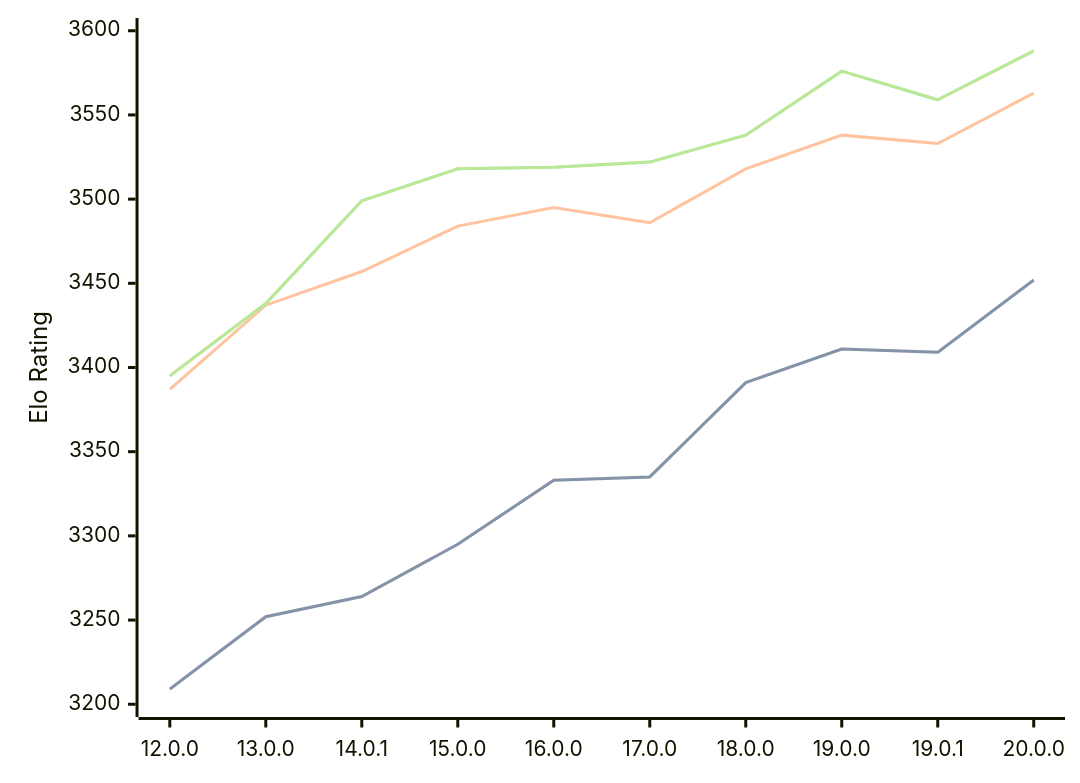
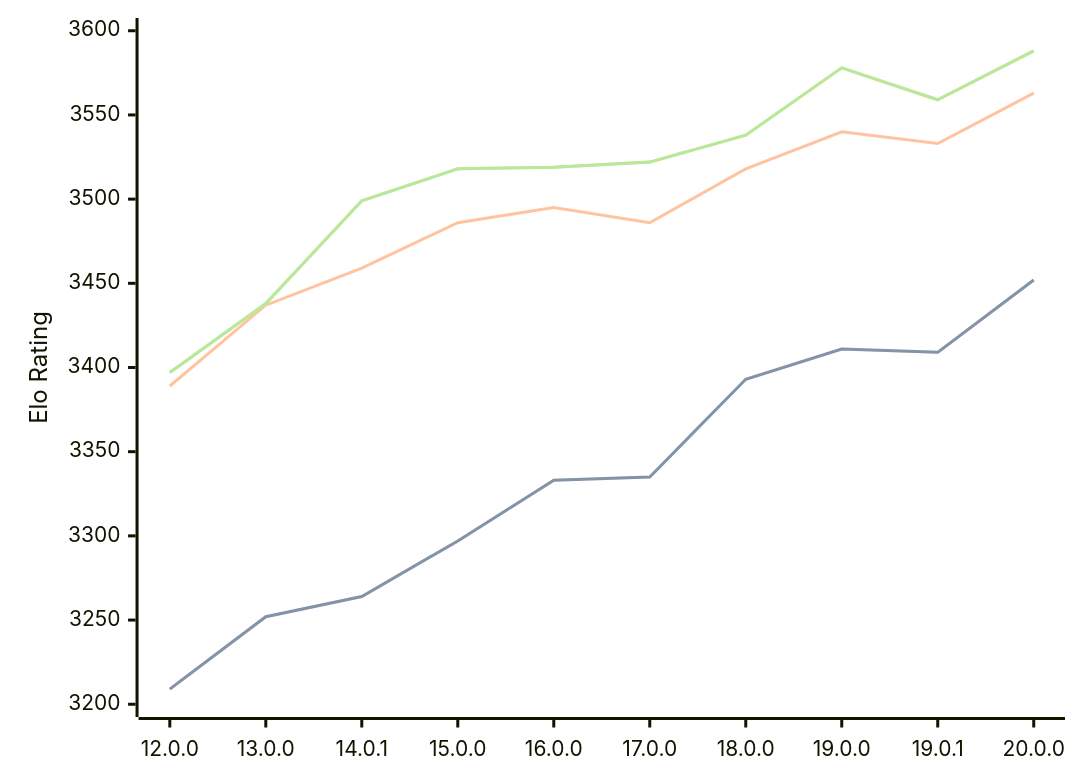
Before and after one commit to computer-chess-index/cci: the diagram in engines/Viridithas.md, drawn with Mermaid. The commit also changed other lines of this file, not shown here.

Commit message:
Update CCI Ratings (ELO VLTC) - 2026-09-09

````diff
--- a/engines/Viridithas.md
+++ b/engines/Viridithas.md
@@ -40,11 +40,11 @@
 ```mermaid
 %%{init: {"theme":"base","themeVariables":{"seriesColors:['#a3a3a3','#222221','#faa371']}}}%%
 xychart-beta
   x-axis ["12.0.0", "13.0.0", "14.0.1", "15.0.0", "16.0.0", "17.0.0", "18.0.0", "19.0.0", "19.0.1", "20.0.0"]
   y-axis "Elo Rating" 3200 --> 3600
-  line "" [3209, 3252, 3264, 3295, 3333, 3335, 3391, 3411, 3409, 3452]
-  line "STC (8.0+0.08s)" [3209, 3252, 3264, 3295, 3333, 3335, 3391, 3411, 3409, 3452]
-  line "LTC (60.0+0.60s)" [3387, 3437, 3457, 3484, 3495, 3486, 3518, 3538, 3533, 3563]
-  line "" [3395, 3438, 3499, 3518, 3519, 3522, 3538, 3576, 3559, 3588]
-  line "VLTC (2m24s+1.12s)" [3395, 3438, 3499, 3518, 3519, 3522, 3538, 3576, 3559, 3588]
+  line "" [3209, 3252, 3264, 3297, 3333, 3335, 3393, 3411, 3409, 3452]
+  line "STC (8.0+0.08s)" [3209, 3252, 3264, 3297, 3333, 3335, 3393, 3411, 3409, 3452]
+  line "LTC (60.0+0.60s)" [3389, 3437, 3459, 3486, 3495, 3486, 3518, 3540, 3533, 3563]
+  line "" [3397, 3438, 3499, 3518, 3519, 3522, 3538, 3578, 3559, 3588]
+  line "VLTC (2m24s+1.12s)" [3397, 3438, 3499, 3518, 3519, 3522, 3538, 3578, 3559, 3588]
 ```
````
